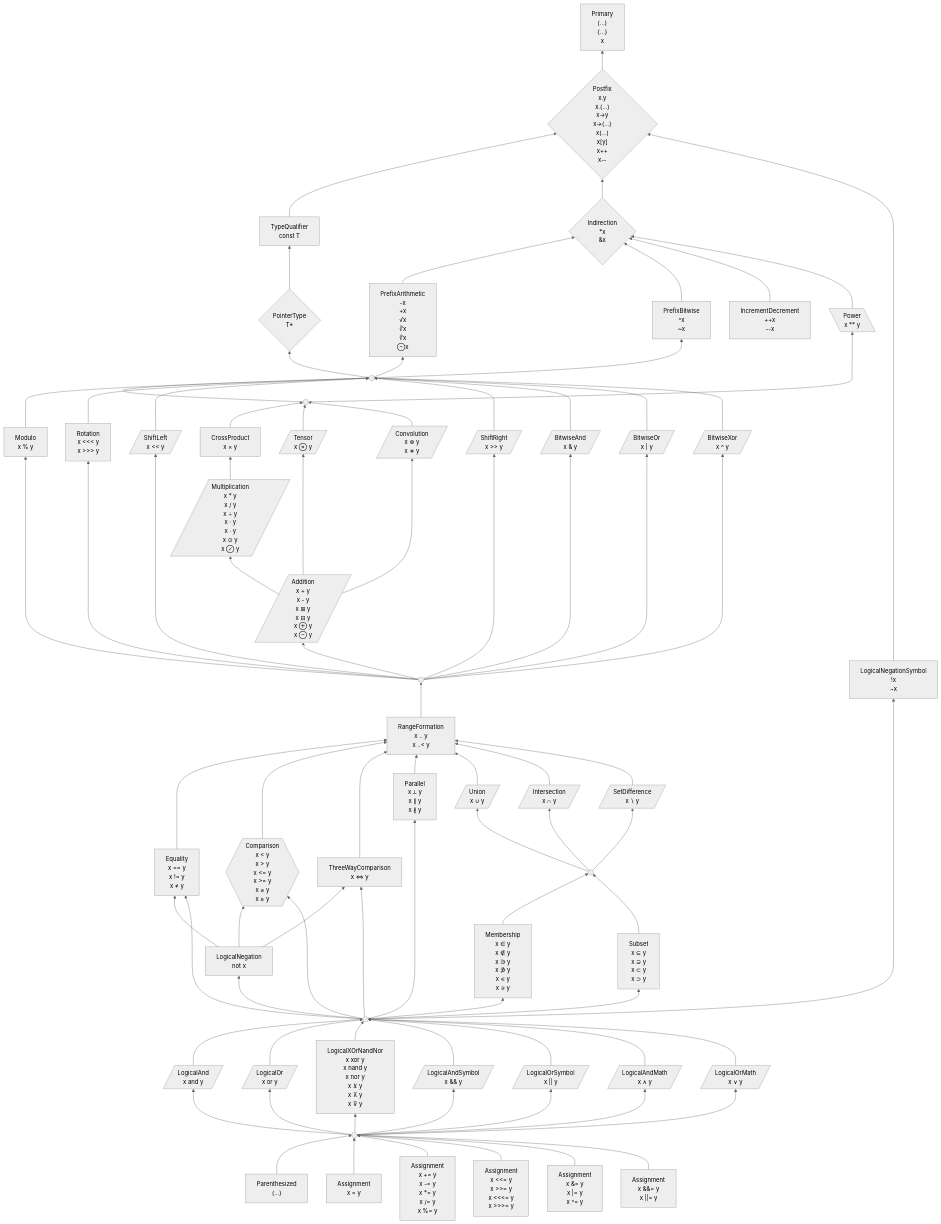
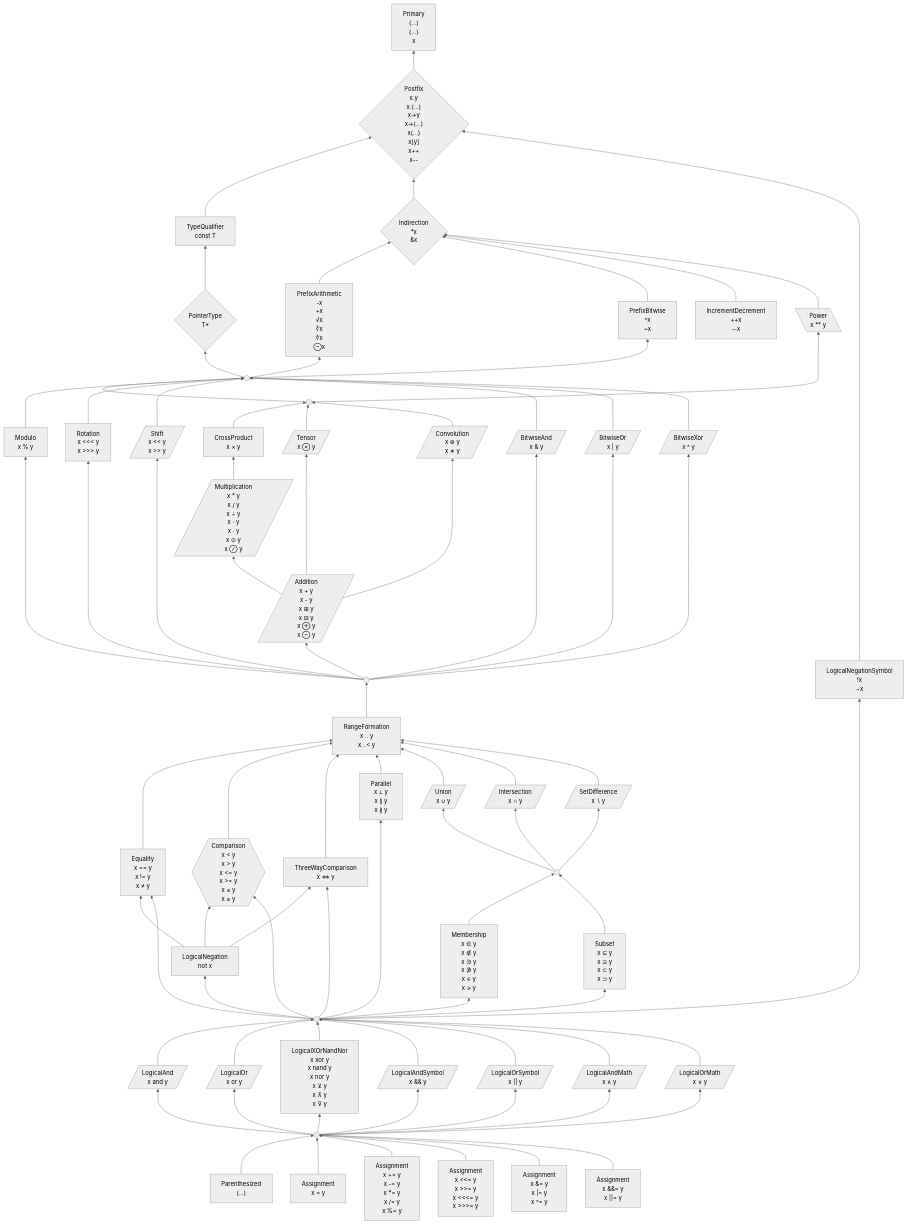
One commit to laro/Cilia changed the first of 2 diagrams in 6 .../2 Unfinished Ideas.md. Above: the diagram before and after it, drawn with Mermaid (neutral theme). The commit also changed other lines of this file, not shown here.

```diff
--- a/6 .../2 Unfinished Ideas.md
+++ b/6 .../2 Unfinished Ideas.md
@@ -280,15 +280,14 @@
 x ⊕ y
 x ⊖ y"/]
 
-    modulo & rotate & shiftLeft & shiftRight & bitwiseAnd & bitwiseOr & bitwiseXor ---> unary
+    modulo & rotate & shift & bitwiseAnd & bitwiseOr & bitwiseXor ---> unary
     modulo["Modulo
 x % y"]
     rotate["Rotation
 x <<< y
 x >>> y"]
-    shiftLeft[/"ShiftLeft
-x << y"/]
-    shiftRight[/"ShiftRight
+    shift[/"Shift
+x << y
 x >> y"/]
     bitwiseAnd[/"BitwiseAnd
 x & y"/]
@@ -297,7 +296,7 @@
     bitwiseXor[/"BitwiseXor
 x ^ y"/]
 
-    binaryOps --> addition & modulo & rotate & shiftLeft & shiftRight & bitwiseAnd & bitwiseOr & bitwiseXor
+    binaryOps --> addition & modulo & rotate & shift & bitwiseAnd & bitwiseOr & bitwiseXor
     binaryOps((" "))
 
     %% Ranges bind looser than arithmetic/bitwise, tighter than the relational operators
```
